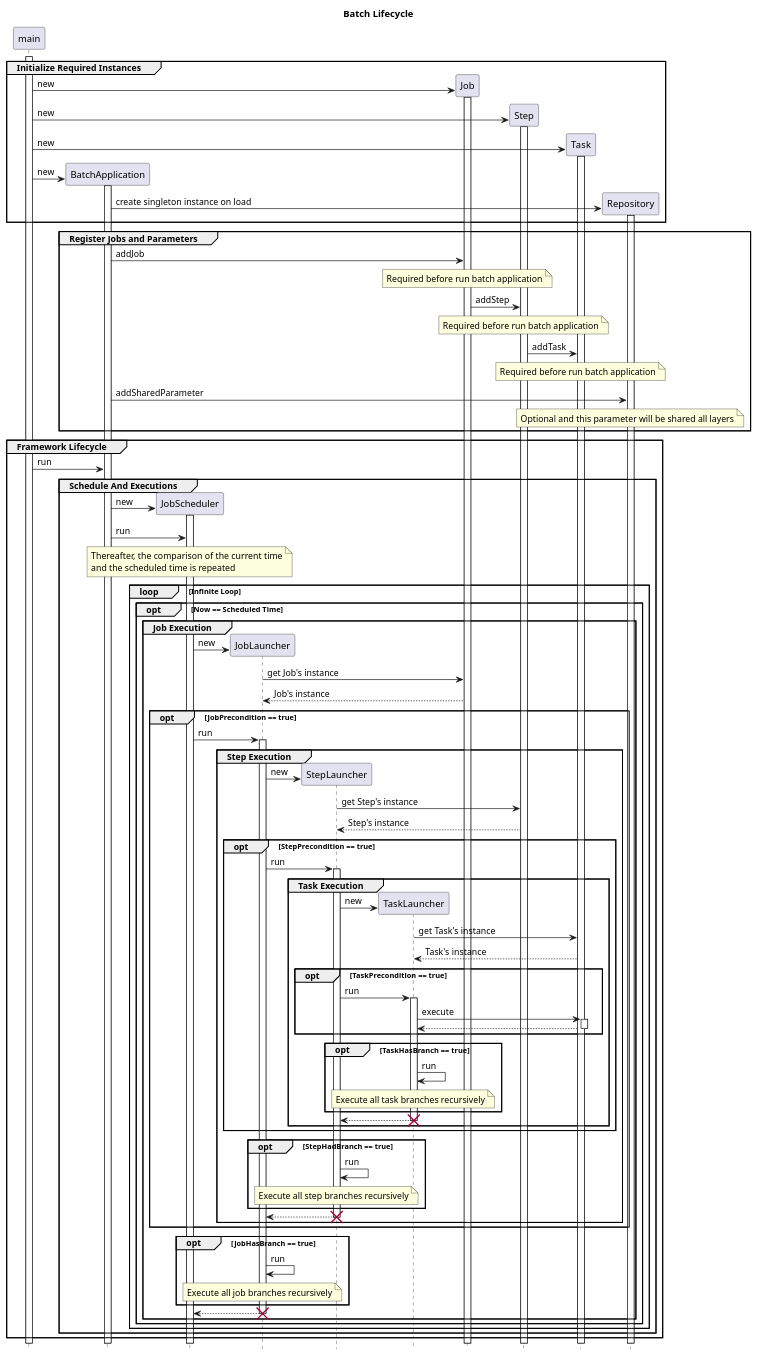
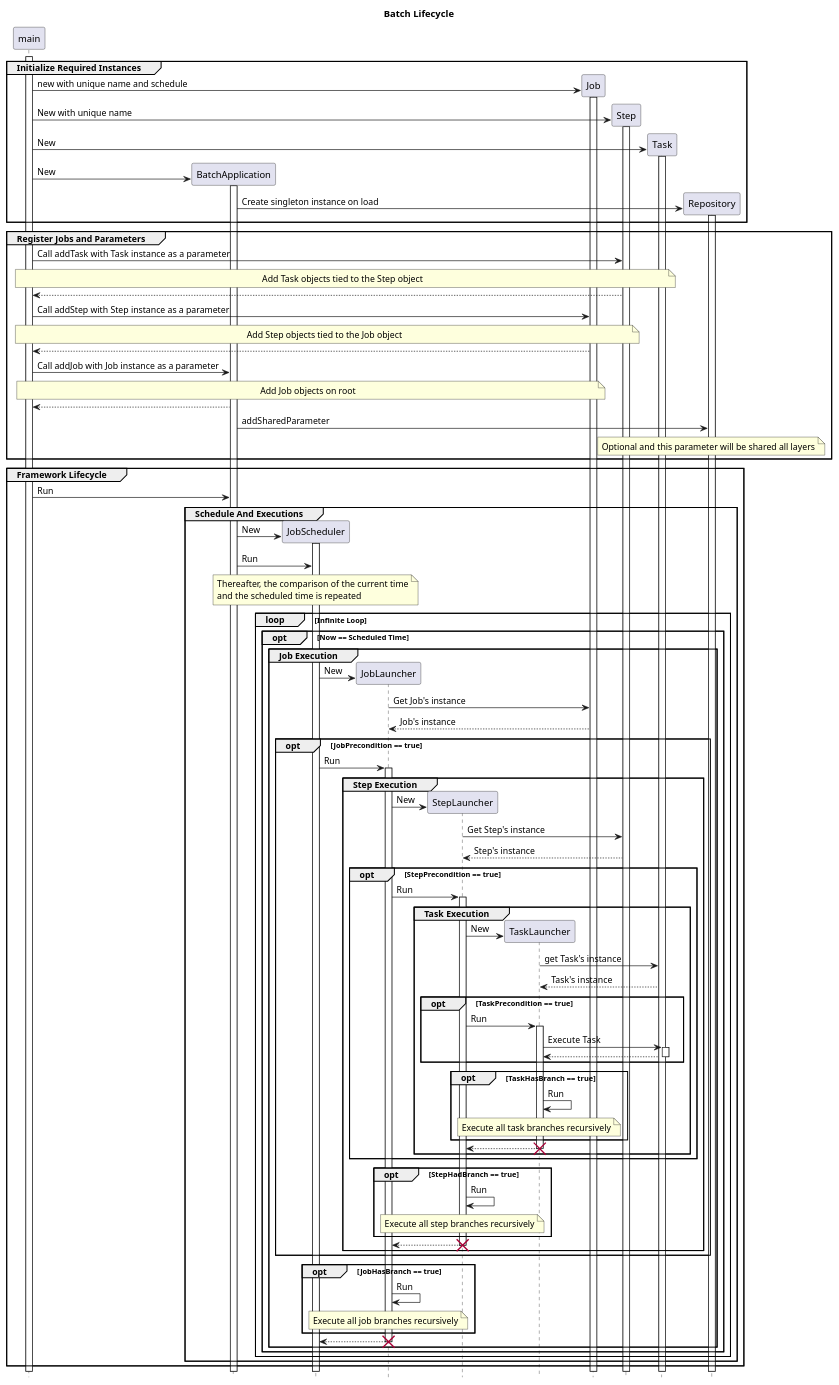
One commit to runchise/batch.dart changed the diagram in design/sequence.pu. Above: the diagram before and after it, drawn with PlantUML.

```diff
--- a/design/sequence.pu
+++ b/design/sequence.pu
@@ -1,138 +1,142 @@
 @startuml Batch Lifecycle
 title Batch Lifecycle
 
 hide footbox
 participant main
 participant BatchApplication
 participant JobScheduler
 participant JobLauncher
 participant StepLauncher
 participant TaskLauncher
 participant Job
 participant Step
 participant Task
 participant Repository
 
 activate main
 
 group Initialize Required Instances
     create Job
-    main -> Job: new
+    main -> Job: new with unique name and schedule
     activate Job
     create Step
-    main -> Step: new
+    main -> Step: New with unique name
     activate Step
 
     create Task
-    main -> Task: new
+    main -> Task: New
     activate Task
 
     create BatchApplication
-    main -> BatchApplication: new
+    main -> BatchApplication: New
     activate BatchApplication
+
     create Repository
-    BatchApplication -> Repository: create singleton instance on load
+    BatchApplication -> Repository: Create singleton instance on load
     activate Repository
 end
 
 group Register Jobs and Parameters
-    BatchApplication -> Job: addJob
-    note over Job: Required before run batch application
+    main -> Step: Call addTask with Task instance as a parameter
+    note over main, Task: Add Task objects tied to the Step object
+    main <-- Step
 
-    Job -> Step: addStep
-    note over Step: Required before run batch application
+    main -> Job: Call addStep with Step instance as a parameter
+    note over main, Step: Add Step objects tied to the Job object
+    main <-- Job
 
-    Step -> Task: addTask
-    note over Task: Required before run batch application
+    main -> BatchApplication: Call addJob with Job instance as a parameter
+    note over main, Job: Add Job objects on root
+    main <-- BatchApplication
 
     BatchApplication -> Repository: addSharedParameter
     note over Repository: Optional and this parameter will be shared all layers
 end
 
 group Framework Lifecycle
-    main -> BatchApplication: run
+    main -> BatchApplication: Run
 
     group Schedule And Executions
         create JobScheduler
-        BatchApplication -> JobScheduler: new
+        BatchApplication -> JobScheduler: New
         activate JobScheduler
 
-        BatchApplication -> JobScheduler: run
+        BatchApplication -> JobScheduler: Run
         note over JobScheduler
             Thereafter, the comparison of the current time
             and the scheduled time is repeated
         end note
 
         loop Infinite Loop
             opt Now == Scheduled Time
                 group Job Execution
                     create JobLauncher
-                    JobScheduler -> JobLauncher: new
-                    JobLauncher -> Job: get Job's instance
+                    JobScheduler -> JobLauncher: New
+                    JobLauncher -> Job: Get Job's instance
                     JobLauncher <-- Job: Job's instance
 
                     opt JobPrecondition == true
-                        JobScheduler -> JobLauncher: run
+                        JobScheduler -> JobLauncher: Run
 
                         activate JobLauncher
 
                         group Step Execution
                             create StepLauncher
-                            JobLauncher -> StepLauncher: new
-                            StepLauncher -> Step: get Step's instance
+                            JobLauncher -> StepLauncher: New
+                            StepLauncher -> Step: Get Step's instance
                             StepLauncher <-- Step: Step's instance
 
                             opt StepPrecondition == true
-                                JobLauncher -> StepLauncher: run
+                                JobLauncher -> StepLauncher: Run
                                 activate StepLauncher
 
                                 group Task Execution
                                     create TaskLauncher
-                                    StepLauncher -> TaskLauncher: new
+                                    StepLauncher -> TaskLauncher: New
                                     TaskLauncher -> Task: get Task's instance
                                     TaskLauncher <-- Task: Task's instance
 
                                     opt TaskPrecondition == true
-                                        StepLauncher -> TaskLauncher: run
+                                        StepLauncher -> TaskLauncher: Run
                                         activate TaskLauncher
-                                        TaskLauncher -> Task: execute
+                                        TaskLauncher -> Task: Execute Task
                                         activate Task
                                         TaskLauncher <-- Task
                                         deactivate Task
                                     end
 
                                     opt TaskHasBranch == true
-                                        TaskLauncher -> TaskLauncher: run
+                                        TaskLauncher -> TaskLauncher: Run
                                         note over TaskLauncher: Execute all task branches recursively
                                     end
                                                                                                         StepLauncher <-- TaskLauncher
                                     deactivate TaskLauncher
                                     destroy TaskLauncher
                                 end
                             end
 
                             opt StepHadBranch == true
-                                StepLauncher -> StepLauncher: run
+                                StepLauncher -> StepLauncher: Run
                                 note over StepLauncher: Execute all step branches recursively
                             end
 
                             JobLauncher <-- StepLauncher
                             deactivate StepLauncher
                             destroy StepLauncher
                         end
                     end
 
                     opt JobHasBranch == true
-                        JobLauncher -> JobLauncher: run
+                        JobLauncher -> JobLauncher: Run
                         note over JobLauncher: Execute all job branches recursively
                     end
 
                     JobScheduler <-- JobLauncher
                     deactivate JobLauncher
                     destroy JobLauncher
                 end
             end
         end
     end
 end
 @enduml
```
